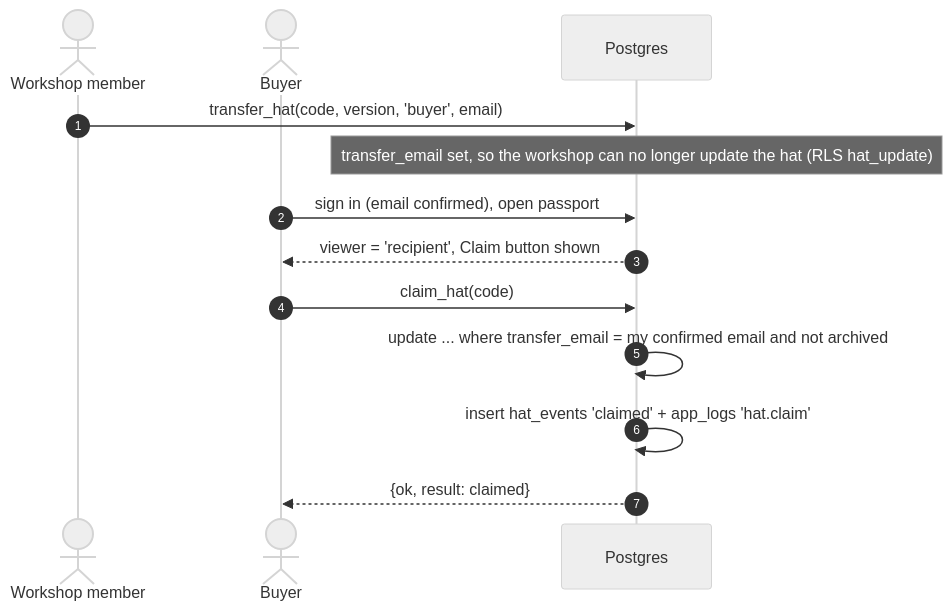
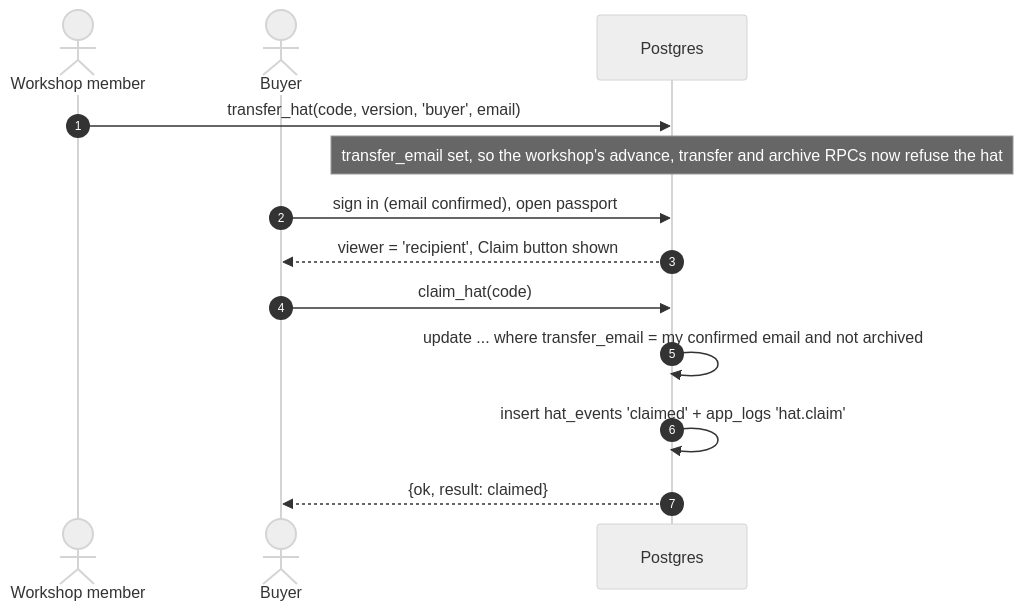
The fifth of 6 diagrams in docs/ARCHITECTURE.md (xaviramirezcom/toquilla-trace), drawn with Mermaid (neutral theme) before and after one commit. The commit also changed other lines of this file and 26 other files, not shown here.

````diff
--- a/docs/ARCHITECTURE.md
+++ b/docs/ARCHITECTURE.md
@@ -236,15 +240,15 @@
 ```mermaid
 sequenceDiagram
   autonumber
   actor W as Workshop member
   actor Bu as Buyer
   participant DB as Postgres
   W->>DB: transfer_hat(code, version, 'buyer', email)
-  Note over DB: transfer_email set, so the workshop can no longer update the hat (RLS hat_update)
+  Note over DB: transfer_email set, so the workshop's advance, transfer and archive RPCs now refuse the hat
   Bu->>DB: sign in (email confirmed), open passport
   DB-->>Bu: viewer = 'recipient', Claim button shown
   Bu->>DB: claim_hat(code)
   DB->>DB: update ... where transfer_email = my confirmed email and not archived
   DB->>DB: insert hat_events 'claimed' + app_logs 'hat.claim'
   DB-->>Bu: {ok, result: claimed}
 ```
````
